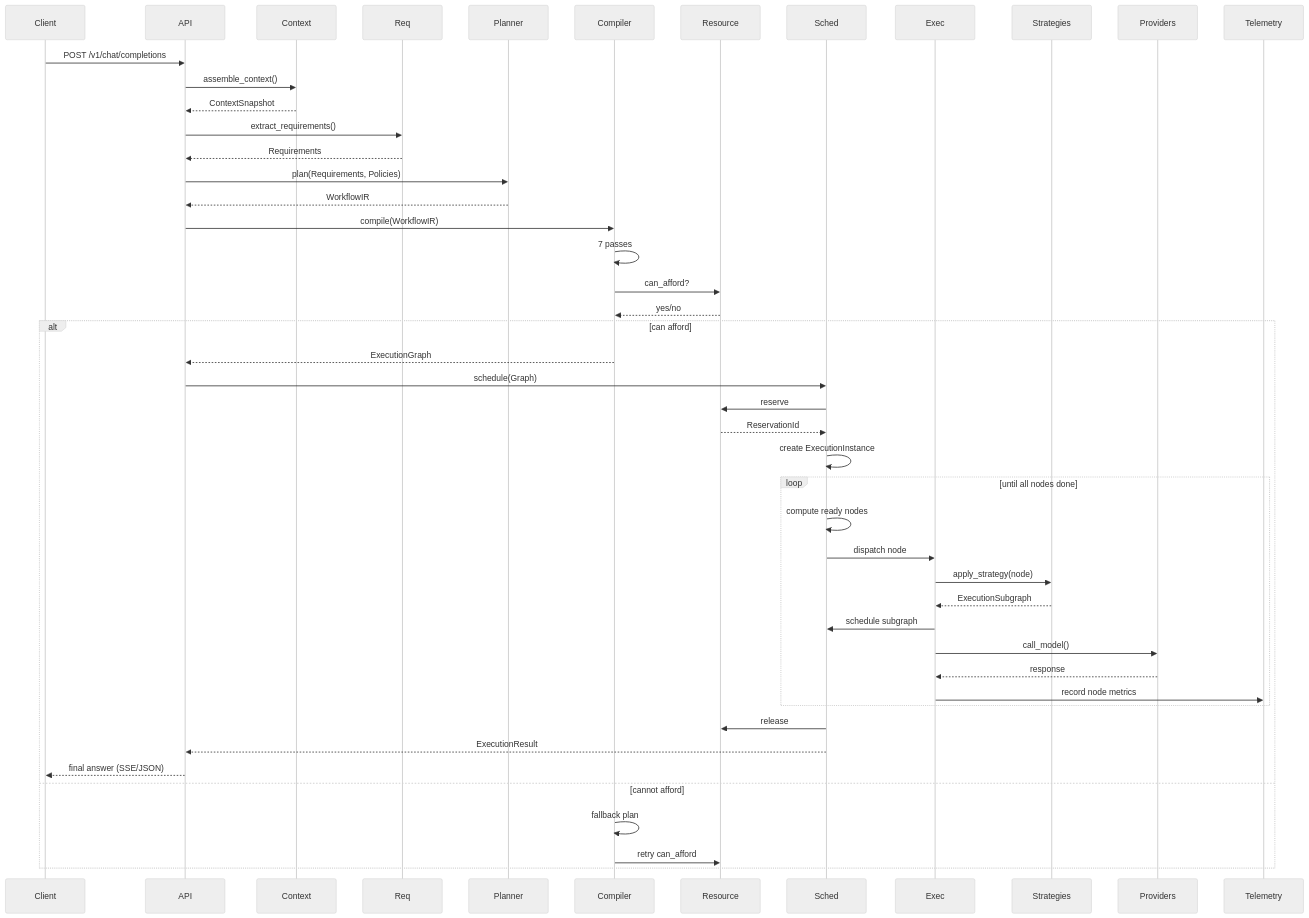
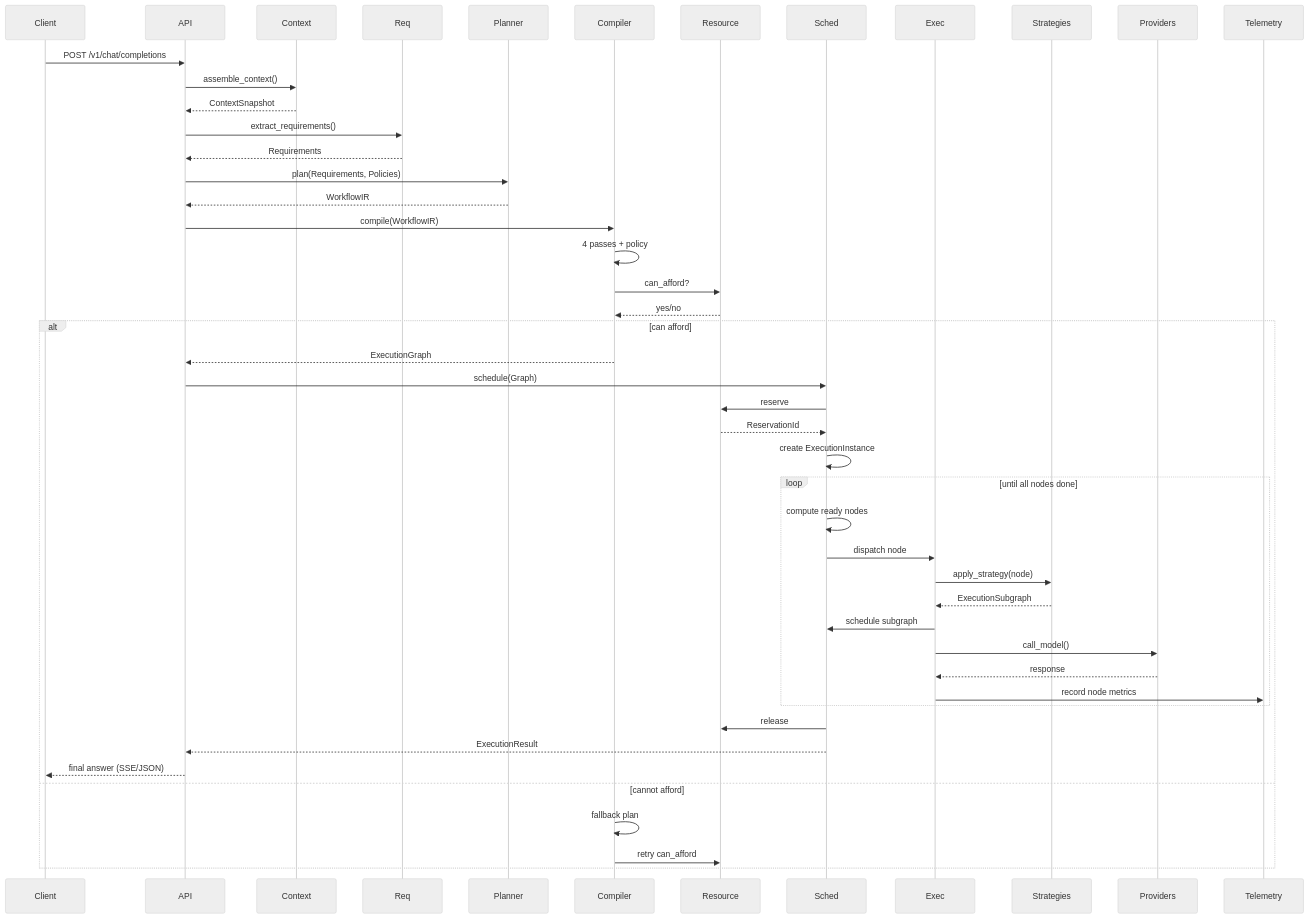
One commit to NeutronZero/fusion-router changed the third of 3 diagrams in docs/architecture/specification.md. Above: the diagram before and after it, drawn with Mermaid (neutral theme). The commit also changed other lines of this file and 89 other files, not shown here.

````diff
--- a/docs/architecture/specification.md
+++ b/docs/architecture/specification.md
@@ -345,50 +332,50 @@
 ```mermaid
 sequenceDiagram
     participant Client
     participant API
     participant Context
     participant Req
     participant Planner
     participant Compiler
     participant Resource
     participant Sched
     participant Exec
     participant Strategies
     participant Providers
     participant Telemetry
 
     Client->>API: POST /v1/chat/completions
     API->>Context: assemble_context()
     Context-->>API: ContextSnapshot
     API->>Req: extract_requirements()
     Req-->>API: Requirements
     API->>Planner: plan(Requirements, Policies)
     Planner-->>API: WorkflowIR
     API->>Compiler: compile(WorkflowIR)
-    Compiler->>Compiler: 7 passes
+    Compiler->>Compiler: 4 passes + policy
     Compiler->>Resource: can_afford?
     Resource-->>Compiler: yes/no
     alt can afford
         Compiler-->>API: ExecutionGraph
         API->>Sched: schedule(Graph)
         Sched->>Resource: reserve
         Resource-->>Sched: ReservationId
         Sched->>Sched: create ExecutionInstance
         loop until all nodes done
             Sched->>Sched: compute ready nodes
             Sched->>Exec: dispatch node
             Exec->>Strategies: apply_strategy(node)
             Strategies-->>Exec: ExecutionSubgraph
             Exec->>Sched: schedule subgraph
             Exec->>Providers: call_model()
             Providers-->>Exec: response
             Exec->>Telemetry: record node metrics
         end
         Sched->>Resource: release
         Sched-->>API: ExecutionResult
         API-->>Client: final answer (SSE/JSON)
     else cannot afford
         Compiler->>Compiler: fallback plan
         Compiler->>Resource: retry can_afford
     end
 ```
````
